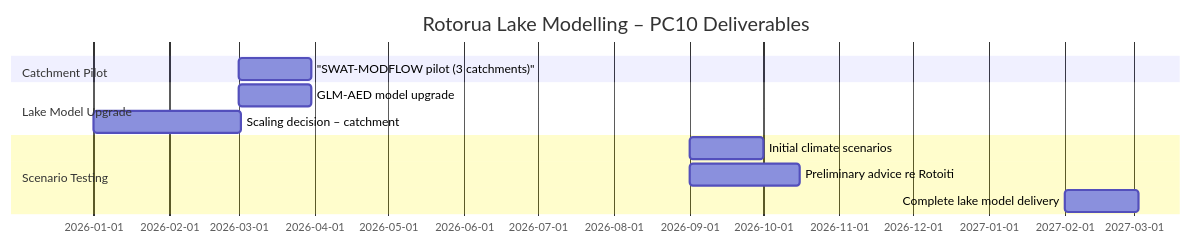
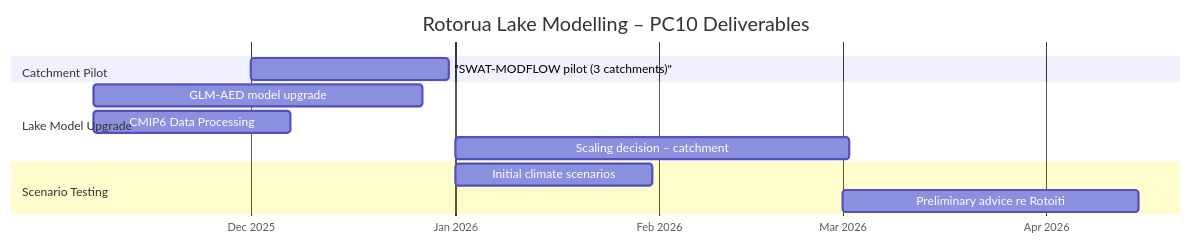
One commit to tadhg-moore/rotorua-pc10 changed the diagram in website/gantt.qmd. Above: the diagram before and after it, drawn with Mermaid.

Commit message:
Update GANTT chart

````diff
--- a/website/gantt.qmd
+++ b/website/gantt.qmd
@@ -8,16 +8,17 @@
 ```{mermaid}
 gantt
     title Rotorua Lake Modelling – PC10 Deliverables
     dateFormat  YYYY-MM-DD
+    axisFormat  %b %Y
     section Catchment Pilot
-    "SWAT-MODFLOW pilot (3 catchments)" :a1, 2026-03-01, 30d
+    "SWAT-MODFLOW pilot (3 catchments)" :a1, 2025-12-01, 30d
 
     section Lake Model Upgrade
-    GLM-AED model upgrade            :b1, 2026-03-01, 30d
+    GLM-AED model upgrade            :b1, 2025-11-07, 50d
+    CMIP6 Data Processing            :b1, 2025-11-07, 30d
     Scaling decision – catchment     :b2, 2026-01-01, 60d
 
     section Scenario Testing
-    Initial climate scenarios        :c1, 2026-09-01, 30d
-    Preliminary advice re Rotoiti    :c2, 2026-09-01, 45d
-    Complete lake model delivery     :c3, 2027-02-01, 30d
+    Initial climate scenarios        :c1, 2026-01-01, 30d
+    Preliminary advice re Rotoiti    :c2, 2026-03-01, 45d
 ```
````
